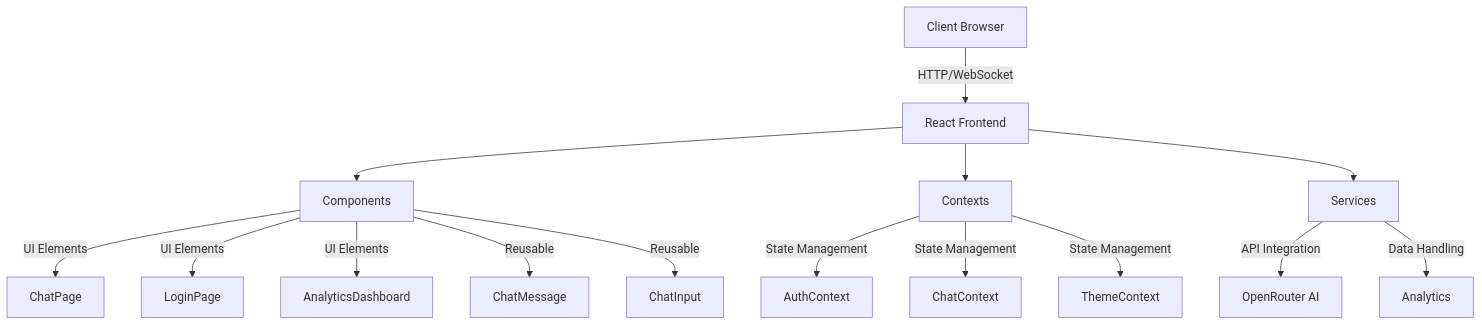
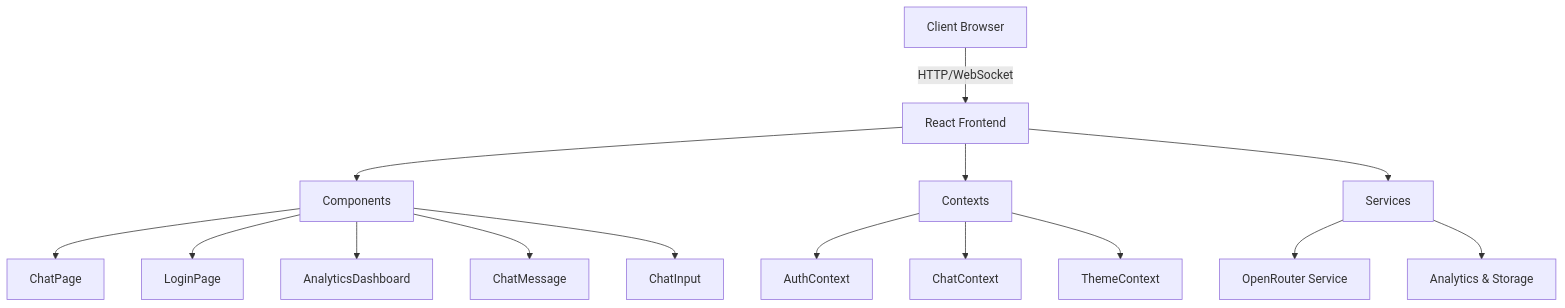
The diagram in README.md (lokireddymanikantaredddy/zerocode-fe-assignment), drawn with Mermaid before and after one commit. The commit also changed other lines of this file and 9 other files, not shown here.

````diff
--- a/README.md
+++ b/README.md
@@ -23,20 +23,20 @@
 ```mermaid
 graph TD;
     A[Client Browser] -->|HTTP/WebSocket| B[React Frontend];
     B --> C[Components];
     B --> D[Contexts];
     B --> E[Services];
     
-    C -->|UI Elements| C1[ChatPage];
-    C -->|UI Elements| C2[LoginPage];
-    C -->|UI Elements| C3[AnalyticsDashboard];
-    C -->|Reusable| C4[ChatMessage];
-    C -->|Reusable| C5[ChatInput];
+    C --> C1[ChatPage]
+    C --> C2[LoginPage]
+    C --> C3[AnalyticsDashboard]
+    C --> C4[ChatMessage]
+    C --> C5[ChatInput]
     
-    D -->|State Management| D1[AuthContext];
-    D -->|State Management| D2[ChatContext];
-    D -->|State Management| D3[ThemeContext];
+    D --> D1[AuthContext]
+    D --> D2[ChatContext]
+    D --> D3[ThemeContext]
     
-    E -->|API Integration| E1[OpenRouter AI];
-    E -->|Data Handling| E2[Analytics];
+    E --> E1[OpenRouter Service]
+    E --> E2[Analytics & Storage]
 ```
````
